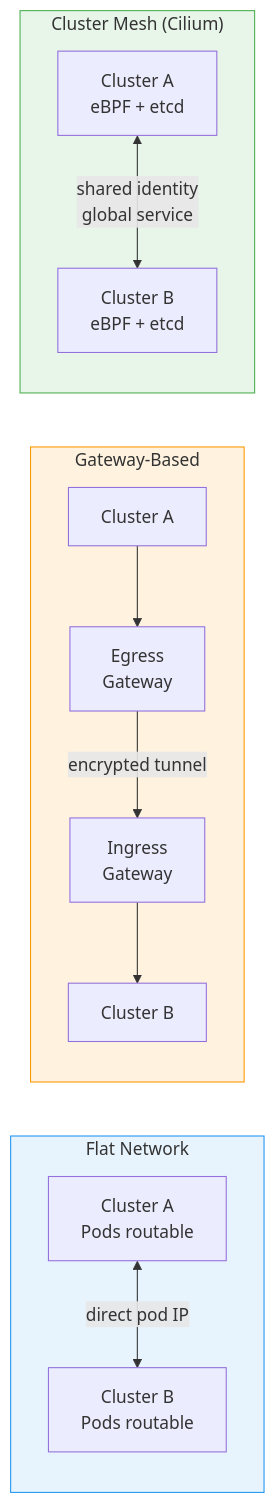
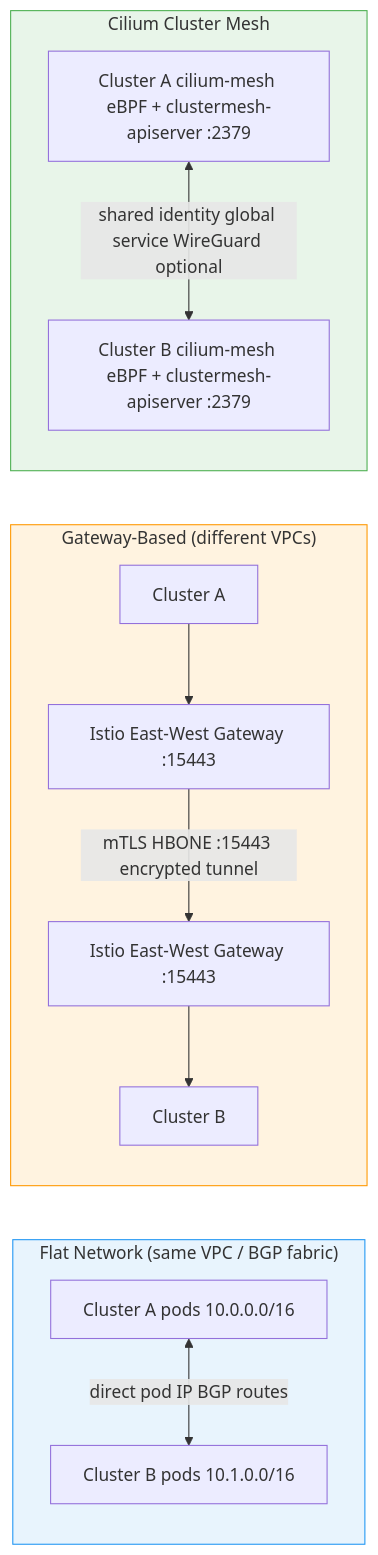
One commit to MykolaLebid/Kubernetes_networking_engineering changed the first of 4 diagrams in lessons/22-multi-cluster-networking.md. Above: the diagram before and after it, drawn with Mermaid. The commit also changed other lines of this file and 35 other files, not shown here.

First line of the commit message:
Restructure all 34 lessons: Theory/Practice split, richer diagrams, industry examples, navigation

````diff
--- a/lessons/22-multi-cluster-networking.md
+++ b/lessons/22-multi-cluster-networking.md
@@ -32,24 +16,24 @@
 ```mermaid
 flowchart LR
-    subgraph Flat["Flat Network"]
-        c1a["Cluster A\nPods routable"]
-        c1b["Cluster B\nPods routable"]
-        c1a <-- "direct pod IP" --> c1b
+    subgraph Flat["Flat Network (same VPC / BGP fabric)"]
+        c1a["Cluster A pods 10.0.0.0/16"]
+        c1b["Cluster B pods 10.1.0.0/16"]
+        c1a <--"direct pod IP BGP routes"--> c1b
     end
 
-    subgraph GW["Gateway-Based"]
-        c2a["Cluster A"] --> gwa["Egress\nGateway"]
-        gwa -- "encrypted tunnel" --> gwb["Ingress\nGateway"]
+    subgraph GW["Gateway-Based (different VPCs)"]
+        c2a["Cluster A"] --> gwa["Istio East-West Gateway :15443"]
+        gwa --"mTLS HBONE :15443 encrypted tunnel"--> gwb["Istio East-West Gateway :15443"]
         gwb --> c2b["Cluster B"]
     end
 
-    subgraph Mesh["Cluster Mesh (Cilium)"]
-        c3a["Cluster A\neBPF + etcd"]
-        c3b["Cluster B\neBPF + etcd"]
-        c3a <-- "shared identity\nglobal service" --> c3b
+    subgraph Mesh["Cilium Cluster Mesh"]
+        c3a["Cluster A cilium-mesh eBPF + clustermesh-apiserver :2379"]
+        c3b["Cluster B cilium-mesh eBPF + clustermesh-apiserver :2379"]
+        c3a <--"shared identity global service WireGuard optional"--> c3b
     end
 
     style Flat fill:#e8f4fd,stroke:#2196F3
     style GW fill:#fff3e0,stroke:#FF9800
     style Mesh fill:#e8f5e9,stroke:#4CAF50
 ```
````
